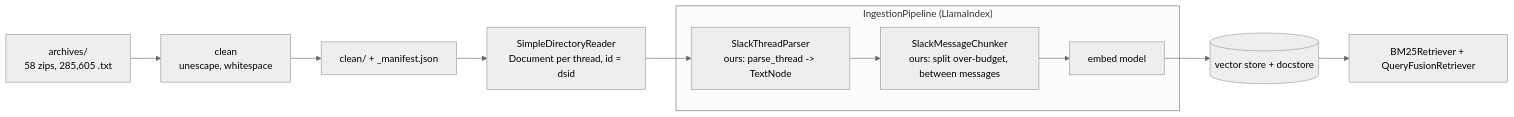
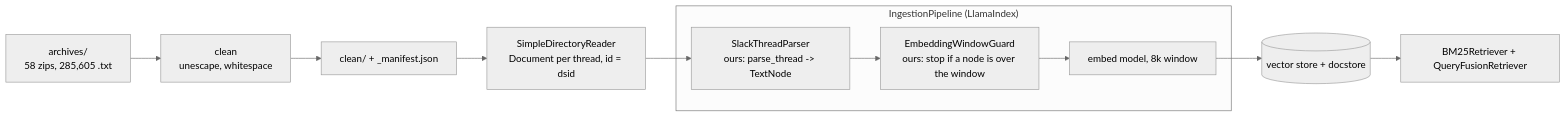
One commit to deepakdantagani/enterprise-rag changed the diagram in docs/design/5-slack-system-design.md. Above: the diagram before and after it, drawn with Mermaid (neutral theme). The commit also changed other lines of this file and 6 other files, not shown here.

First line of the commit message:
SLACK-10: one node per thread, no chunker; EmbeddingWindowGuard stops the run if a node is over the embed window

````diff
--- a/docs/design/5-slack-system-design.md
+++ b/docs/design/5-slack-system-design.md
@@ -226,13 +229,13 @@
 ```mermaid
 flowchart LR
     R["archives/<br/>58 zips, 285,605 .txt"] --> C["clean<br/>unescape, whitespace"]
     C --> CL["clean/ + _manifest.json"]
     CL --> RD["SimpleDirectoryReader<br/>Document per thread, id = dsid"]
     subgraph IP["IngestionPipeline (LlamaIndex)"]
-        P["SlackThreadParser<br/>ours: parse_thread -> TextNode"] --> K["SlackMessageChunker<br/>ours: split over-budget, between messages"]
-        K --> E["embed model"]
+        P["SlackThreadParser<br/>ours: parse_thread -> TextNode"] --> K["EmbeddingWindowGuard<br/>ours: stop if a node is over the window"]
+        K --> E["embed model, 8k window"]
     end
     RD --> P
     E --> V[("vector store + docstore")]
     V --> B["BM25Retriever + QueryFusionRetriever"]
 ```
````
